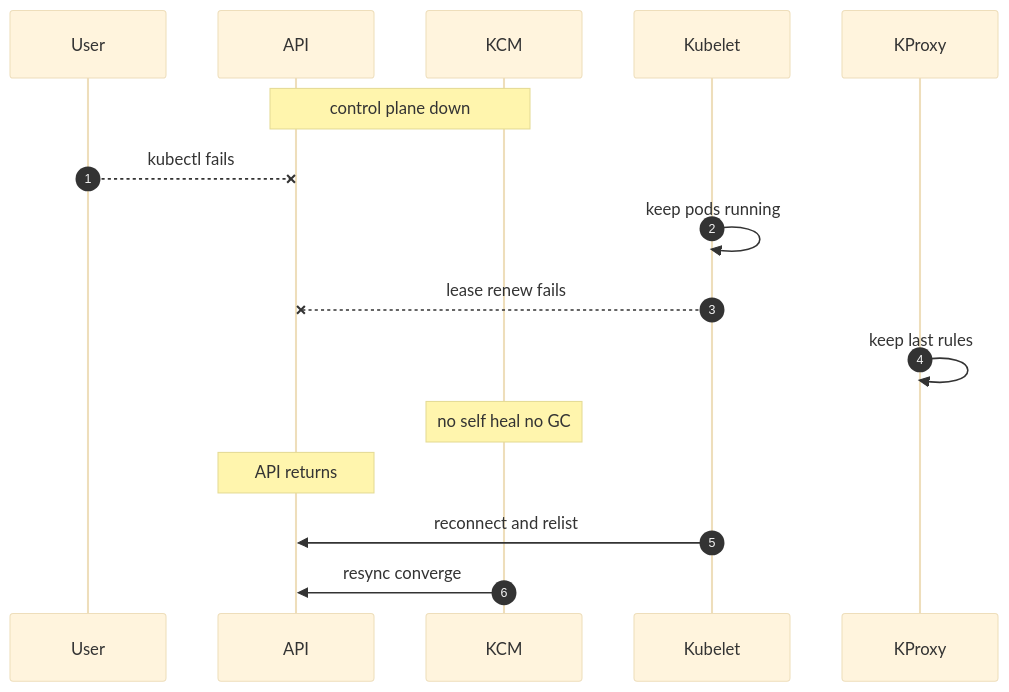
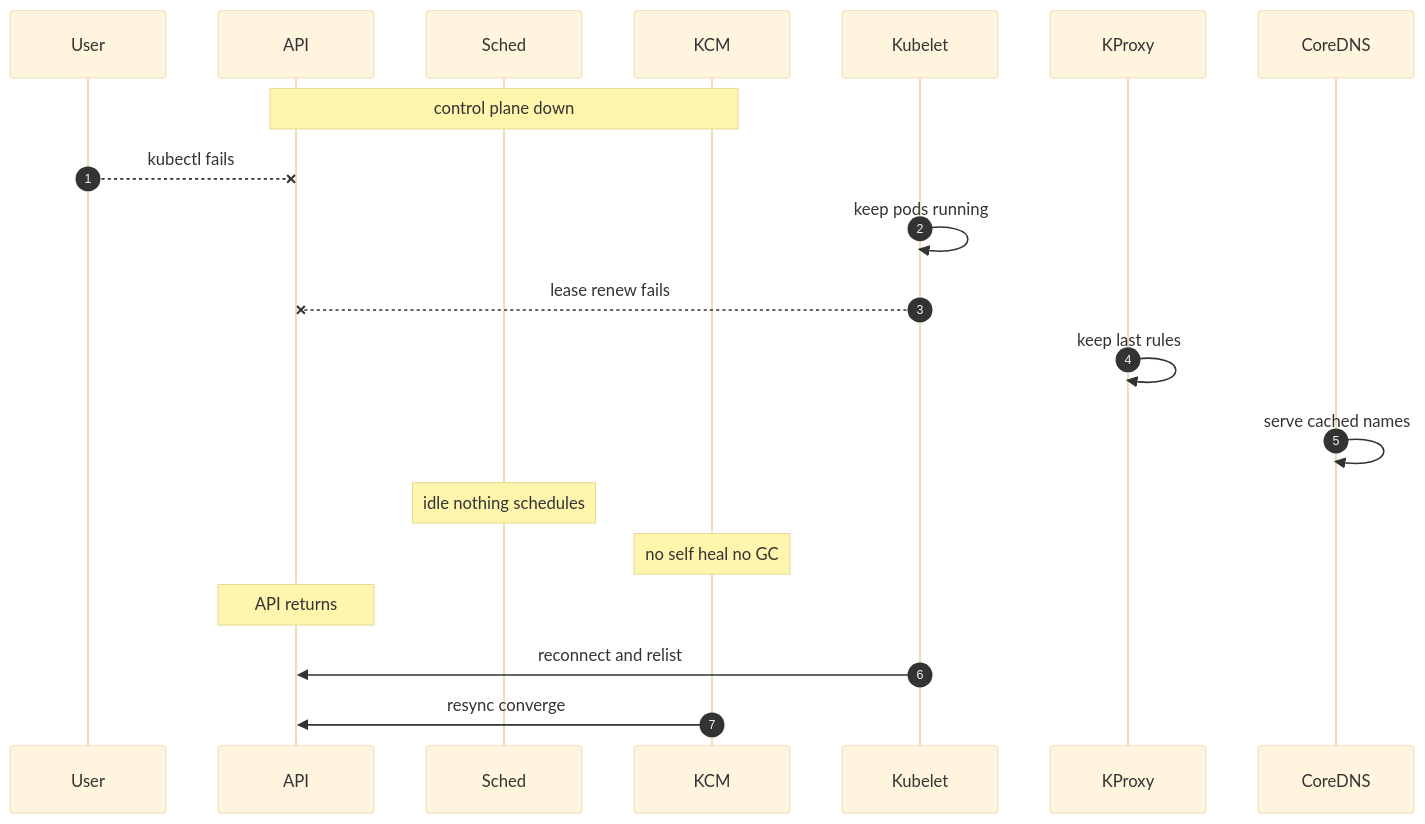
One commit to sanketsudake/k8s-worksheet changed the third of 4 diagrams in chapters/ch10.md. Above: the diagram before and after it, drawn with Mermaid (base theme). The commit also changed other lines of this file and 11 other files, not shown here.

````diff
--- a/chapters/ch10.md
+++ b/chapters/ch10.md
@@ -113,18 +113,22 @@
 ```mermaid
 sequenceDiagram
   autonumber
   participant User
   participant API
+  participant Sched
   participant KCM
   participant Kubelet
   participant KProxy
+  participant CoreDNS
   Note over API,KCM: control plane down
   User--xAPI: kubectl fails
   Kubelet->>Kubelet: keep pods running
   Kubelet--xAPI: lease renew fails
   KProxy->>KProxy: keep last rules
+  CoreDNS->>CoreDNS: serve cached names
+  Note over Sched: idle nothing schedules
   Note over KCM: no self heal no GC
   Note over API: API returns
   Kubelet->>API: reconnect and relist
   KCM->>API: resync converge
 ```
````
